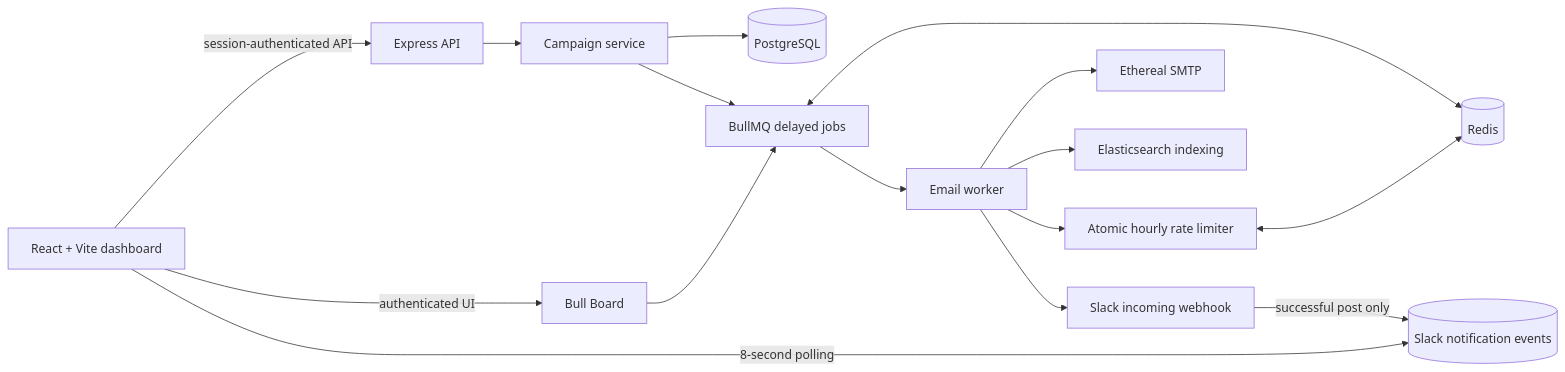
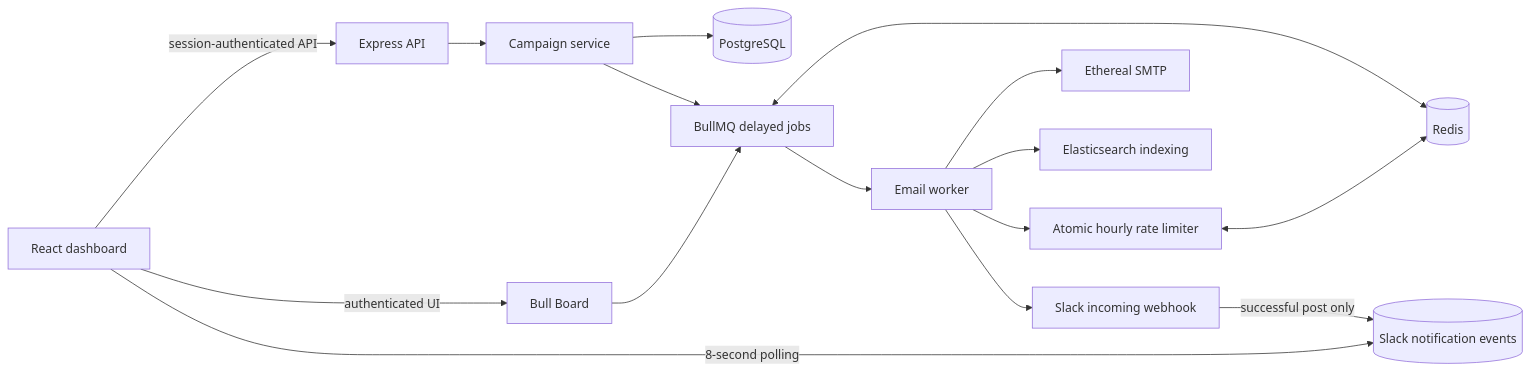
Before and after one commit to Mohnish-140605/outbox_assignment_Mohnish_rvu: the first of 2 diagrams in README.md, drawn with Mermaid. The commit also changed other lines of this file, not shown here.

````diff
--- a/README.md
+++ b/README.md
@@ -7,18 +22,18 @@
 ```mermaid
 flowchart LR
-   Browser[React + Vite dashboard] -->|session-authenticated API| API[Express API]
+   Browser[React dashboard] -->|session-authenticated API| API[Express API]
    API --> CampaignService[Campaign service]
    CampaignService --> DB[(PostgreSQL)]
    CampaignService --> Queue[BullMQ delayed jobs]
    Queue <--> Redis[(Redis)]
    Queue --> Worker[Email worker]
    Worker --> RateLimit[Atomic hourly rate limiter]
    RateLimit <--> Redis
    Worker --> SMTP[Ethereal SMTP]
    Worker --> Search[Elasticsearch indexing]
    Worker --> Slack[Slack incoming webhook]
    Slack -->|successful post only| Events[(Slack notification events)]
    Browser -->|8-second polling| Events
    Browser -->|authenticated UI| Board[Bull Board]
    Board --> Queue
 ```
````
